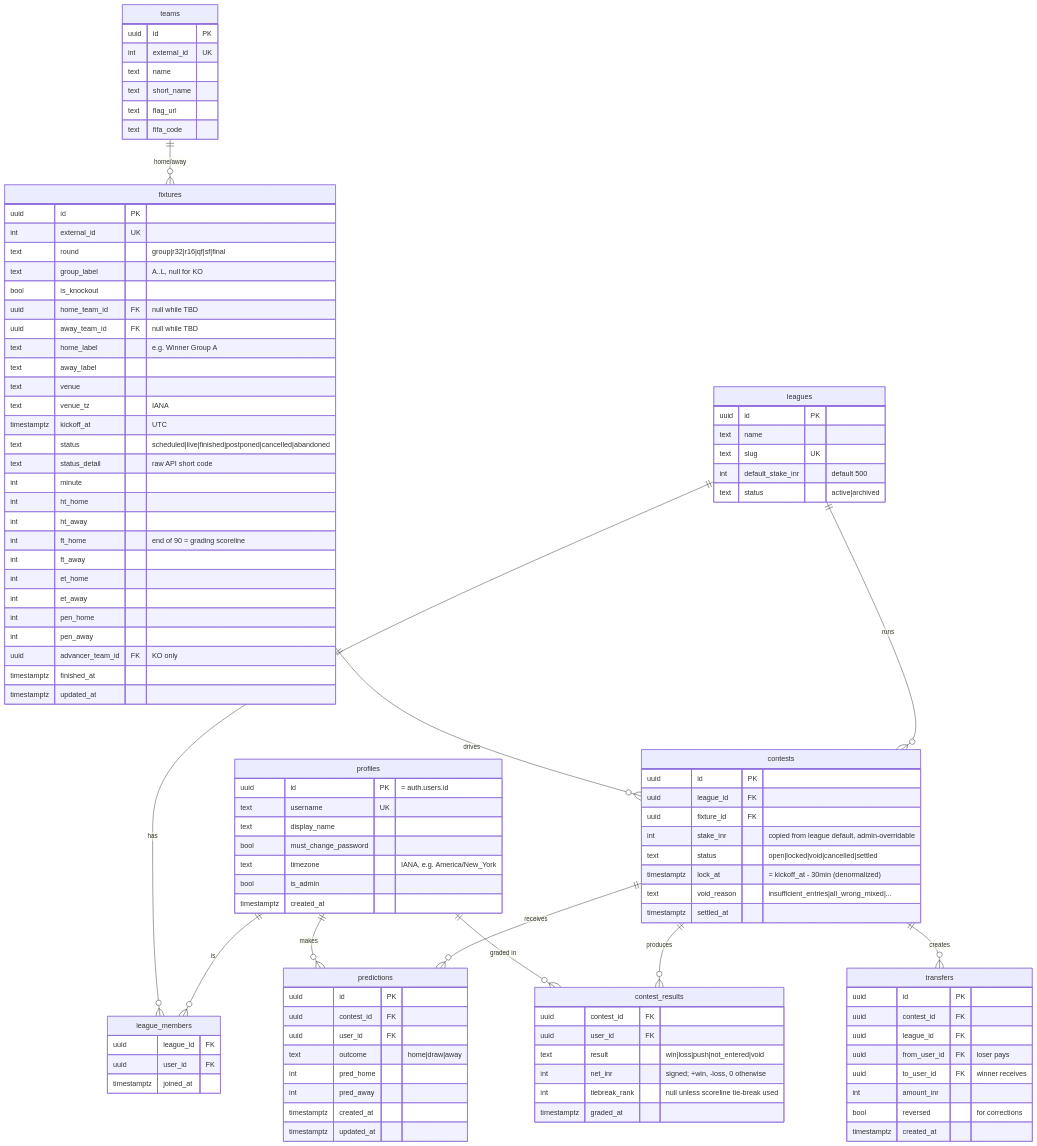
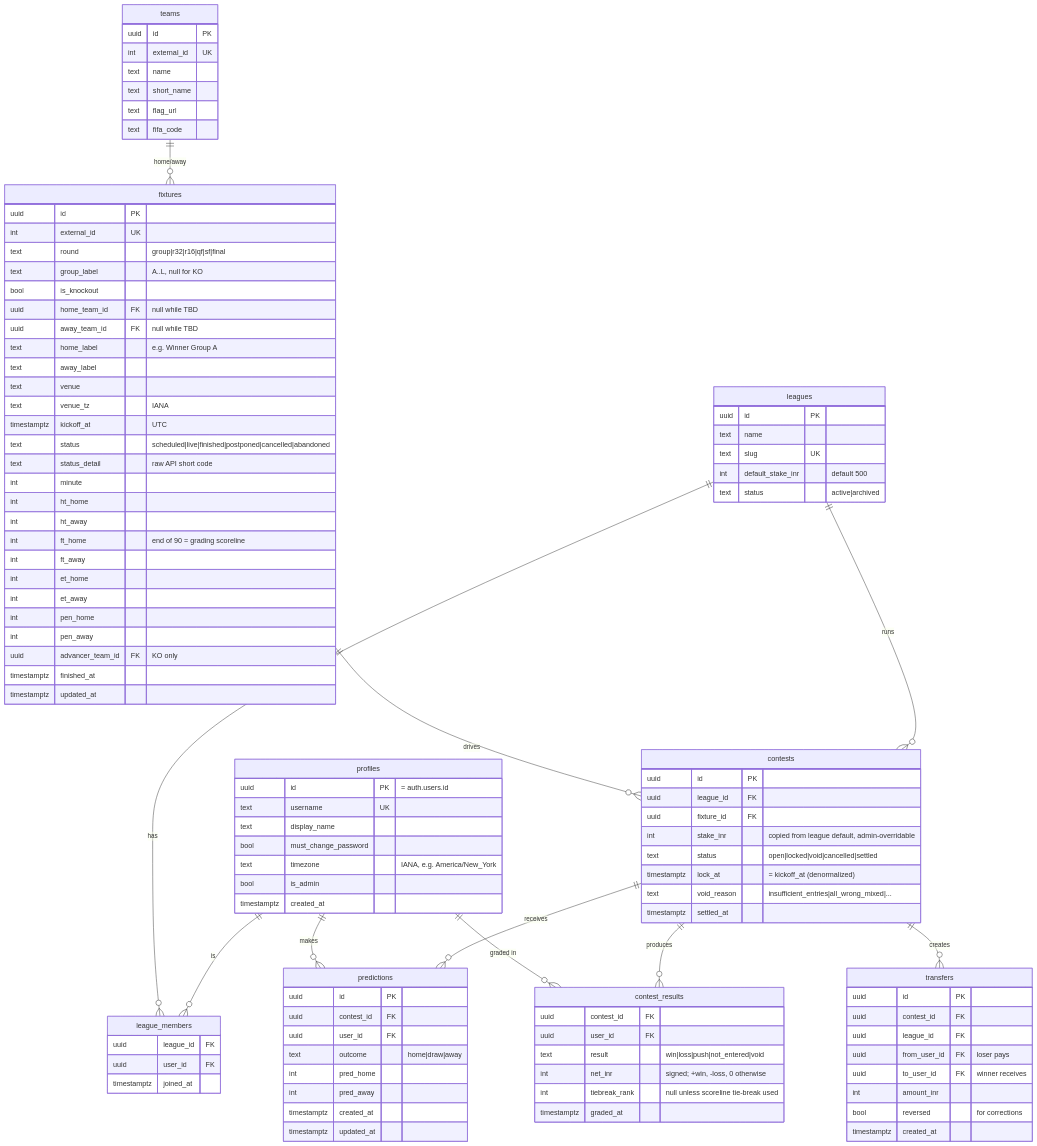
Before and after one commit to ananthmenon10/cashford: the diagram in docs/plans/2026-06-18-001-feat-cashford-worldcup-prediction-game-plan.md, drawn with Mermaid. The commit also changed other lines of this file and 3 other files, not shown here.

First line of the commit message:
change(lock): predictions now lock AT kickoff (was 30 min before)

```diff
--- a/docs/plans/2026-06-18-001-feat-cashford-worldcup-prediction-game-plan.md
+++ b/docs/plans/2026-06-18-001-feat-cashford-worldcup-prediction-game-plan.md
@@ -210,7 +210,7 @@
         uuid fixture_id FK
         int stake_inr "copied from league default, admin-overridable"
         text status "open|locked|void|cancelled|settled"
-        timestamptz lock_at "= kickoff_at - 30min (denormalized)"
+        timestamptz lock_at "= kickoff_at (denormalized)"
         text void_reason "insufficient_entries|all_wrong_mixed|..."
         timestamptz settled_at
     }
```
